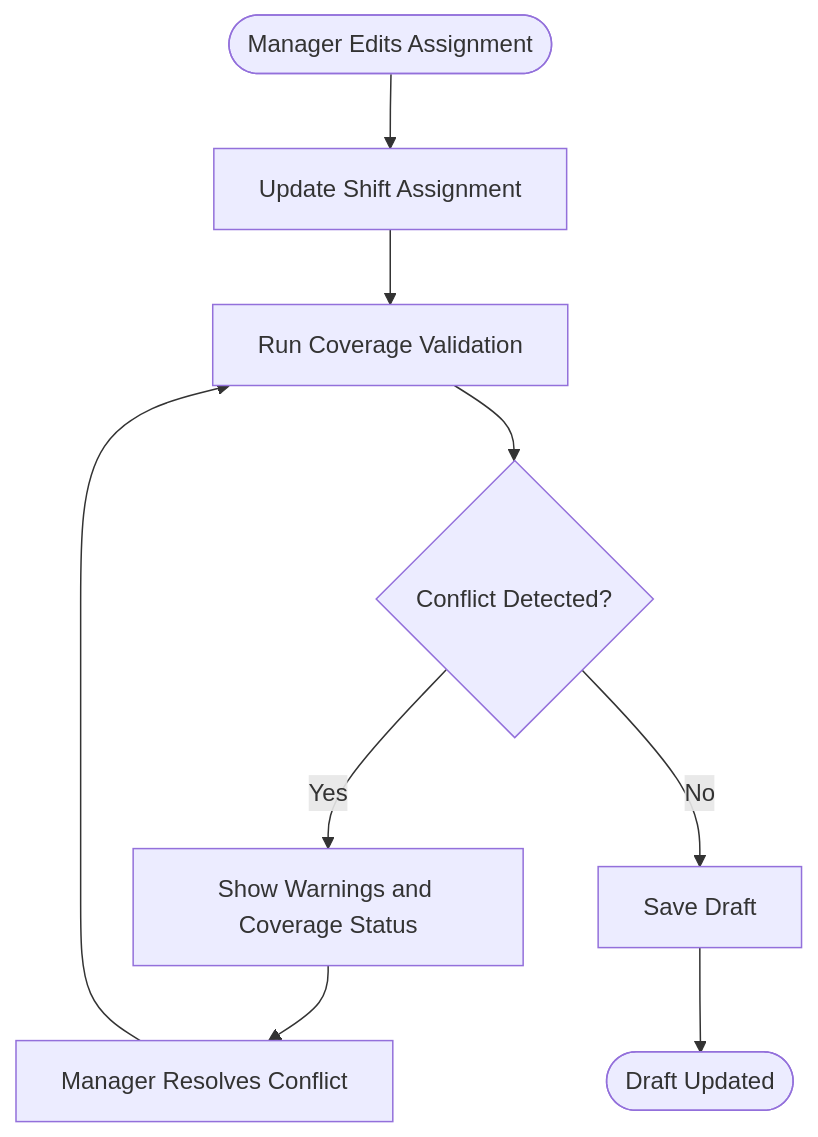
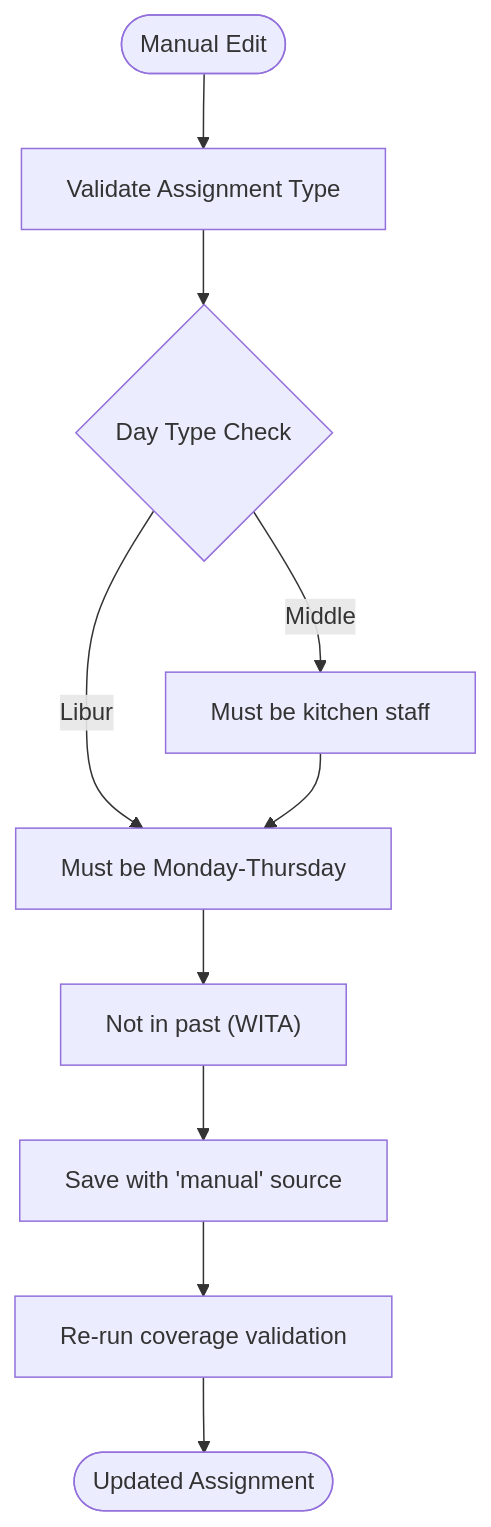
The sixth of 8 diagrams in .qoder/repowiki/en/content/Product Requirements Document/Functional Specifications/Schedule Creation Engine (F5).md (epo33m/scheduling), drawn with Mermaid before and after one commit. The commit also changed other lines of this file and 77 other files, not shown here.

````diff
--- a/.qoder/repowiki/en/content/Product Requirements Document/Functional Specifications/Schedule Creation Engine (F5).md
+++ b/.qoder/repowiki/en/content/Product Requirements Document/Functional Specifications/Schedule Creation Engine (F5).md
@@ -240,11 +258,12 @@
 ```mermaid
 flowchart TD
-Start(["Manager Edits Assignment"]) --> Update["Update Shift Assignment"]
-Update --> RunValidation["Run Coverage Validation"]
-RunValidation --> Conflict{"Conflict Detected?"}
-Conflict --> |Yes| ShowWarnings["Show Warnings and Coverage Status"]
-Conflict --> |No| SaveDraft["Save Draft"]
-ShowWarnings --> Resolve["Manager Resolves Conflict"]
-Resolve --> RunValidation
-SaveDraft --> End(["Draft Updated"])
+Start(["Manual Edit"]) --> ValidateInput["Validate Assignment Type"]
+ValidateInput --> CheckDayType{"Day Type Check"}
+CheckDayType --> |Libur| CheckQuietDay["Must be Monday-Thursday"]
+CheckDayType --> |Middle| CheckKitchenStaff["Must be kitchen staff"]
+CheckKitchenStaff --> CheckQuietDay
+CheckQuietDay --> CheckPastDate["Not in past (WITA)"]
+CheckPastDate --> SaveAssignment["Save with 'manual' source"]
+SaveAssignment --> Revalidate["Re-run coverage validation"]
+Revalidate --> End(["Updated Assignment"])
 ```
````
